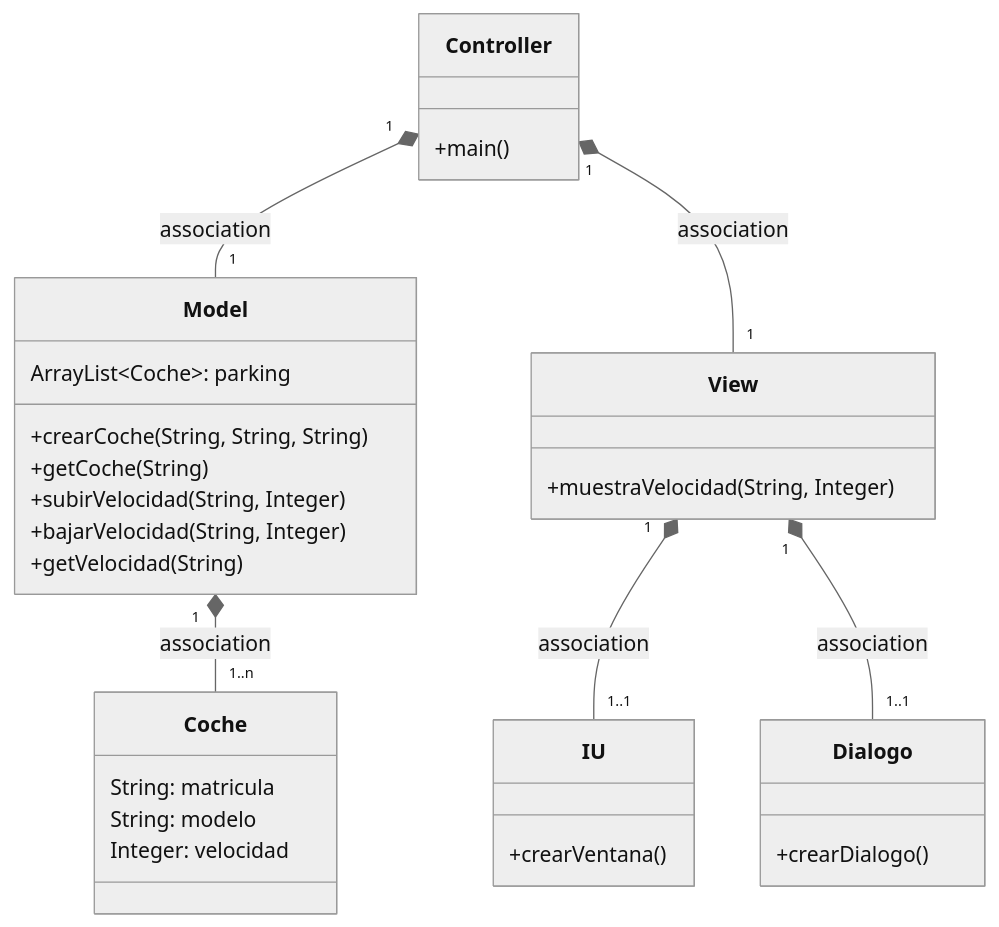
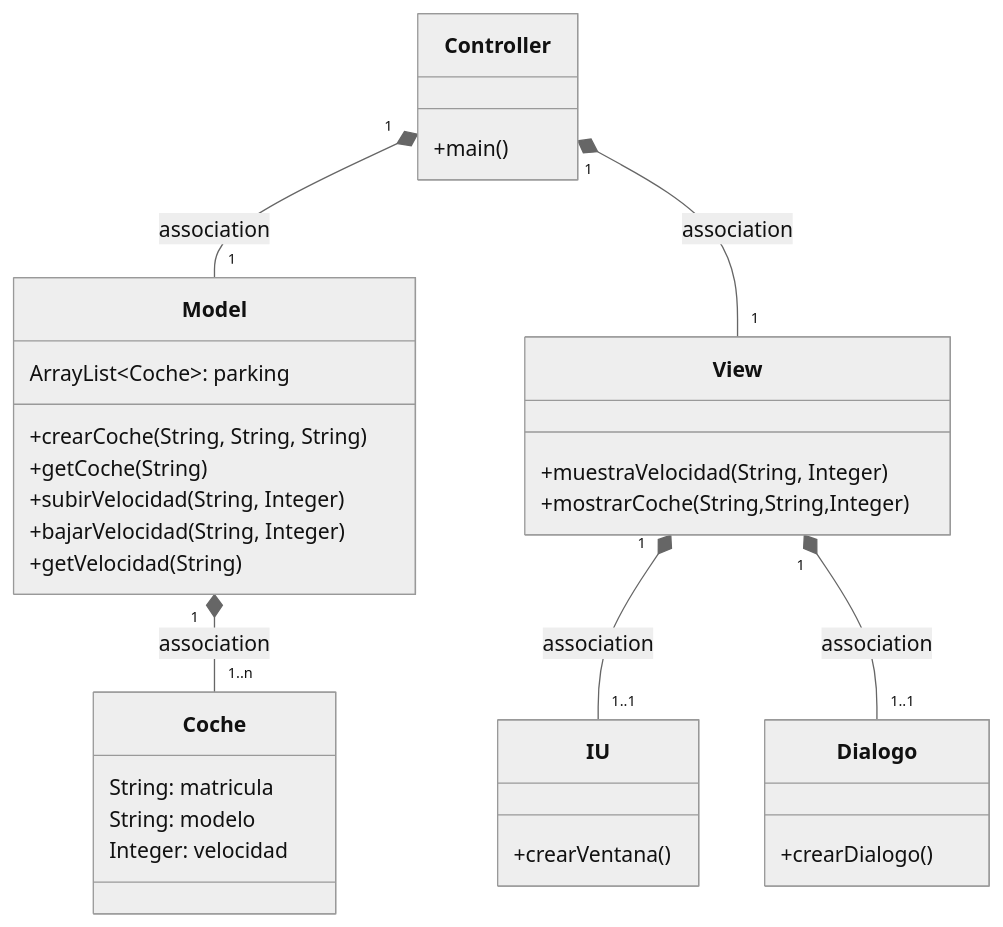
Before and after one commit to JorgeAmestoy/MVC_coches: the first of 3 diagrams in Readme.md, drawn with Mermaid (neutral theme). The commit also changed other lines of this file, not shown here.

````diff
--- a/Readme.md
+++ b/Readme.md
@@ -8,35 +8,37 @@
 ```mermaid
 classDiagram
     class Coche {
         String: matricula
         String: modelo
         Integer: velocidad
     }
       class Controller{
           +main()
       }
-      class View {+muestraVelocidad(String, Integer)}
+      class View {+muestraVelocidad(String, Integer)
+      +mostrarCoche(String,String,Integer)
+      }
       class Model {
           ArrayList~Coche~: parking
           +crearCoche(String, String, String)
           +getCoche(String)
           +subirVelocidad(String, Integer)
           +bajarVelocidad(String, Integer)
-          +getVelocidad(String)
+          +getVelocidad(String)          
           
           
       }
       class IU{
       +crearVentana()
       }
       class Dialogo{
       +crearDialogo()
       }
     Controller "1" *-- "1" Model : association
     Controller "1" *-- "1" View : association
     Model "1" *-- "1..n" Coche : association
     View "1" *-- "1..1" IU : association
     View "1" *-- "1..1" Dialogo : association
     
       
 ```
````
